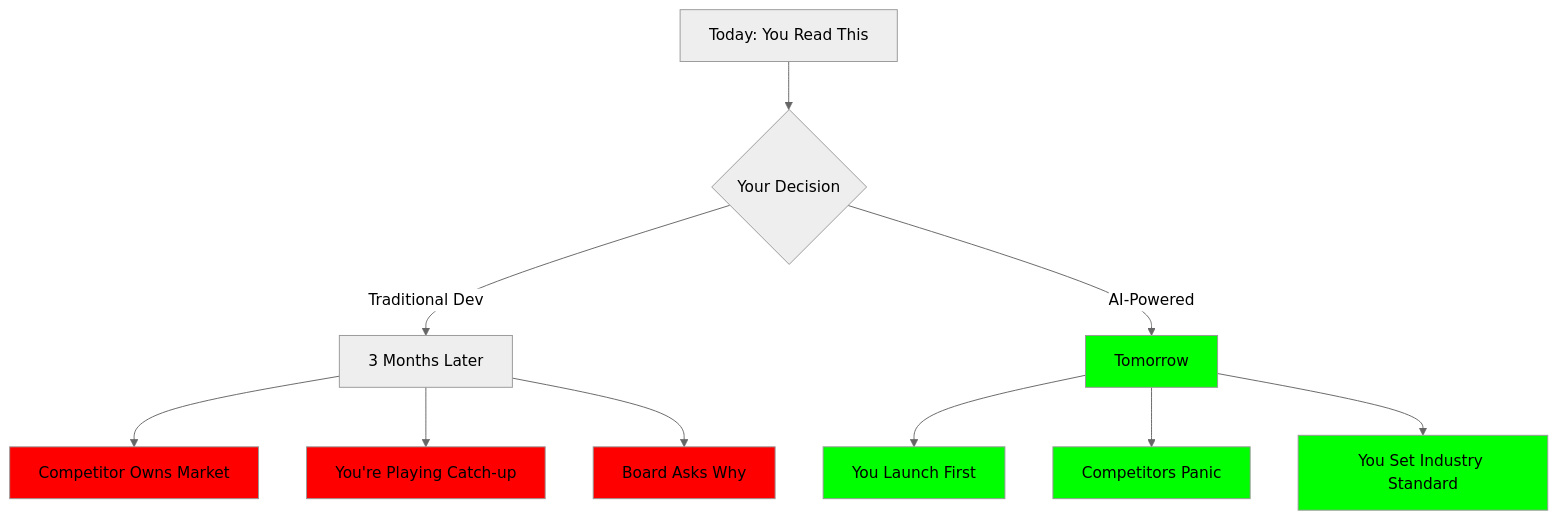
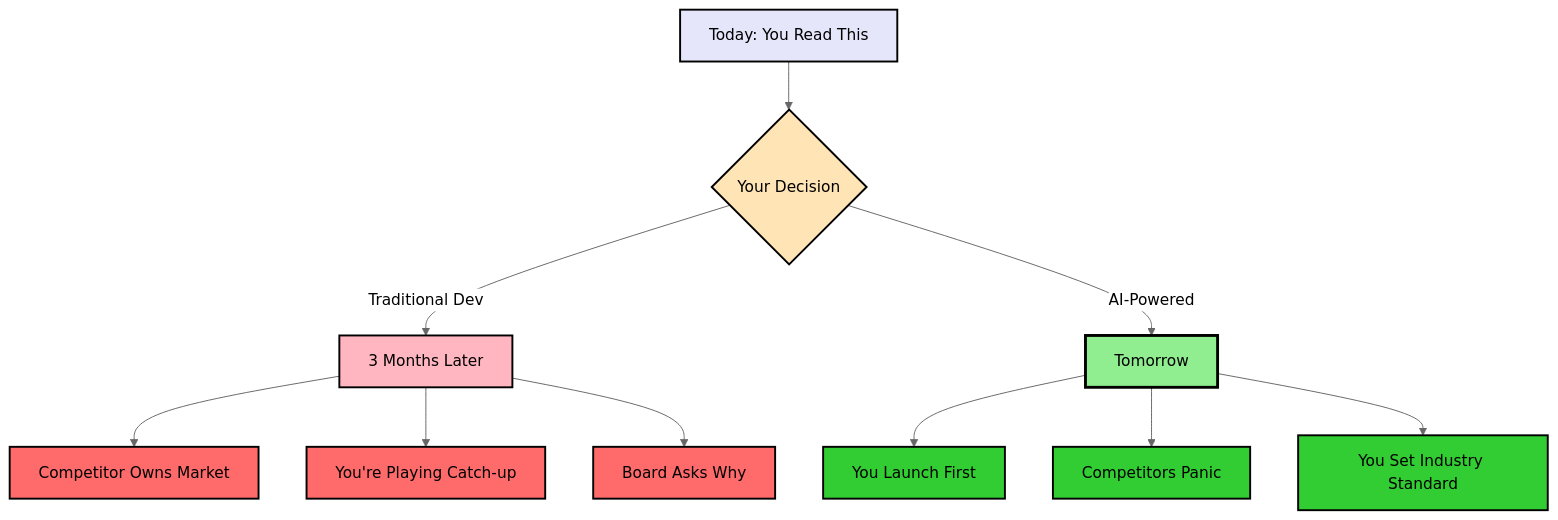
Before and after one commit to ekalachev/SF-hackaton: the seventh of 7 diagrams in ULTIMATE_AI_DEVELOPMENT_REPORT.md, drawn with Mermaid (neutral theme). The commit also changed other lines of this file and 6 other files, not shown here.

````diff
--- a/ULTIMATE_AI_DEVELOPMENT_REPORT.md
+++ b/ULTIMATE_AI_DEVELOPMENT_REPORT.md
@@ -214,22 +299,25 @@
 ```mermaid
 graph TD
     A[Today: You Read This] --> B{Your Decision}
     B -->|Traditional Dev| C[3 Months Later]
     B -->|AI-Powered| D[Tomorrow]
     
     C --> E[Competitor Owns Market]
     C --> F[You're Playing Catch-up]
     C --> G[Board Asks Why]
     
     D --> H[You Launch First]
     D --> I[Competitors Panic]
     D --> J[You Set Industry Standard]
     
-    style D fill:#00ff00
-    style H fill:#00ff00
-    style I fill:#00ff00
-    style J fill:#00ff00
-    style E fill:#ff0000
-    style F fill:#ff0000
-    style G fill:#ff0000
+    style A fill:#E6E6FA,stroke:#000,stroke-width:2px,color:#000
+    style B fill:#FFE4B5,stroke:#000,stroke-width:2px,color:#000
+    style C fill:#FFB6C1,stroke:#000,stroke-width:2px,color:#000
+    style D fill:#90EE90,stroke:#000,stroke-width:3px,color:#000
+    style E fill:#FF6B6B,stroke:#000,stroke-width:2px,color:#000
+    style F fill:#FF6B6B,stroke:#000,stroke-width:2px,color:#000
+    style G fill:#FF6B6B,stroke:#000,stroke-width:2px,color:#000
+    style H fill:#32CD32,stroke:#000,stroke-width:2px,color:#000
+    style I fill:#32CD32,stroke:#000,stroke-width:2px,color:#000
+    style J fill:#32CD32,stroke:#000,stroke-width:2px,color:#000
 ```
````
